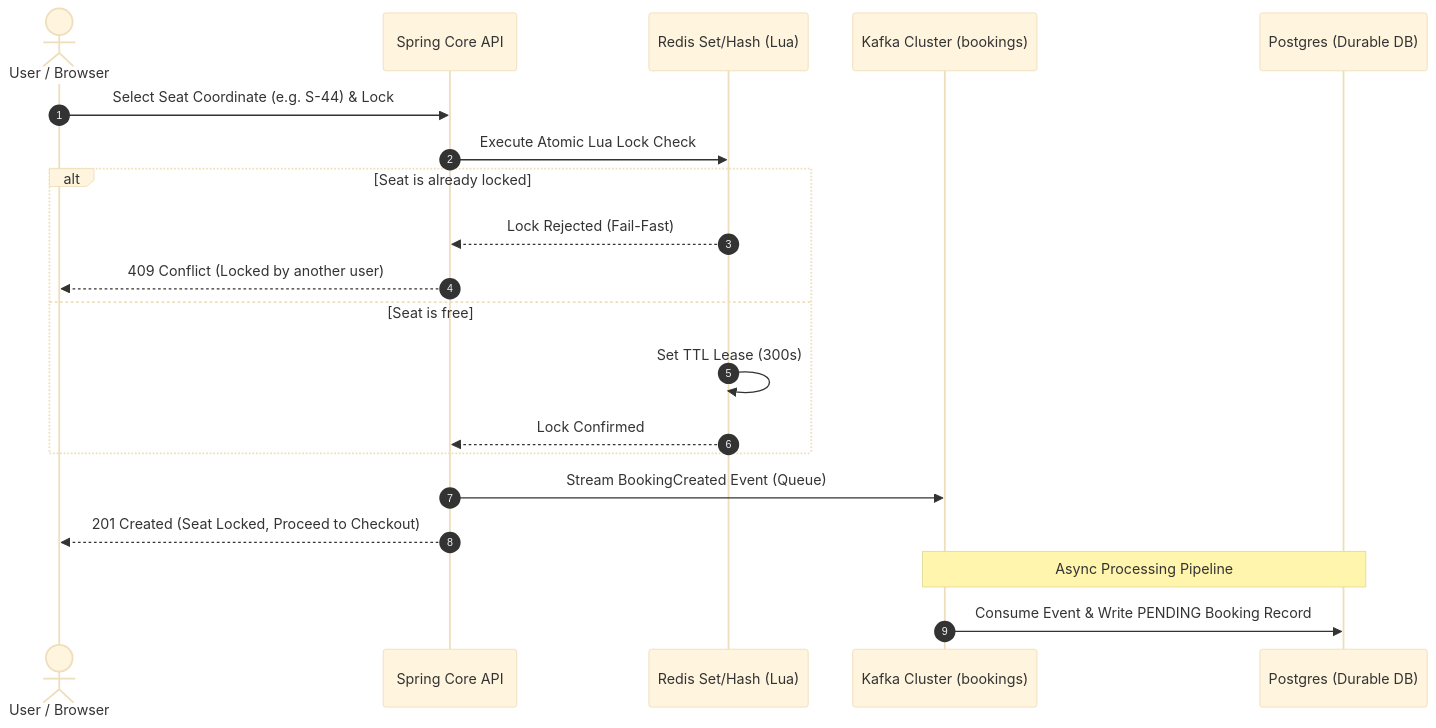
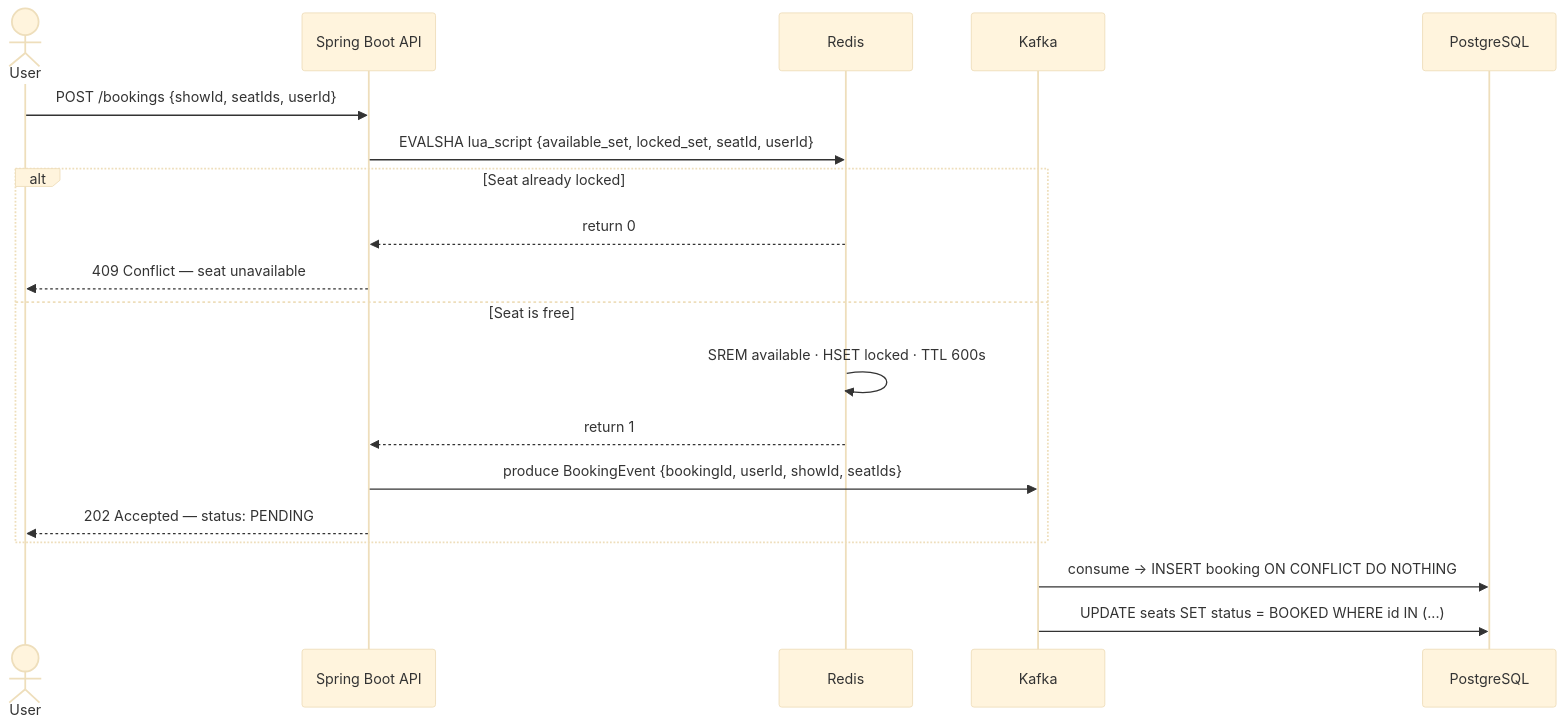
The diagram in README.md (ShvetGhareWork/Ticketizer), drawn with Mermaid (base theme) before and after one commit. The commit also changed other lines of this file, not shown here.

````diff
--- a/README.md
+++ b/README.md
@@ -33,24 +69,24 @@
 ```mermaid
 sequenceDiagram
-    autonumber
-    actor Fan as User / Browser
-    participant API as Spring Core API
-    participant Cache as Redis Set/Hash (Lua)
-    participant Bus as Kafka Cluster (bookings)
-    participant DB as Postgres (Durable DB)
+    actor User
+    participant API as Spring Boot API
+    participant Redis
+    participant Kafka
+    participant DB as PostgreSQL
 
-    Fan->>API: Select Seat Coordinate (e.g. S-44) & Lock
-    API->>Cache: Execute Atomic Lua Lock Check
-    alt Seat is already locked
-        Cache-->>API: Lock Rejected (Fail-Fast)
-        API-->>Fan: 409 Conflict (Locked by another user)
+    User->>API: POST /bookings {showId, seatIds, userId}
+    API->>Redis: EVALSHA lua_script {available_set, locked_set, seatId, userId}
+    
+    alt Seat already locked
+        Redis-->>API: return 0
+        API-->>User: 409 Conflict — seat unavailable
     else Seat is free
-        Cache->>Cache: Set TTL Lease (300s)
-        Cache-->>API: Lock Confirmed
+        Redis->>Redis: SREM available · HSET locked · TTL 600s
+        Redis-->>API: return 1
+        API->>Kafka: produce BookingEvent {bookingId, userId, showId, seatIds}
+        API-->>User: 202 Accepted — status: PENDING
     end
-    API->>Bus: Stream BookingCreated Event (Queue)
-    API-->>Fan: 201 Created (Seat Locked, Proceed to Checkout)
-    
-    Note over Bus, DB: Async Processing Pipeline
-    Bus->>DB: Consume Event & Write PENDING Booking Record
+
+    Kafka->>DB: consume → INSERT booking ON CONFLICT DO NOTHING
+    Kafka->>DB: UPDATE seats SET status = BOOKED WHERE id IN (...)
 ```
````
